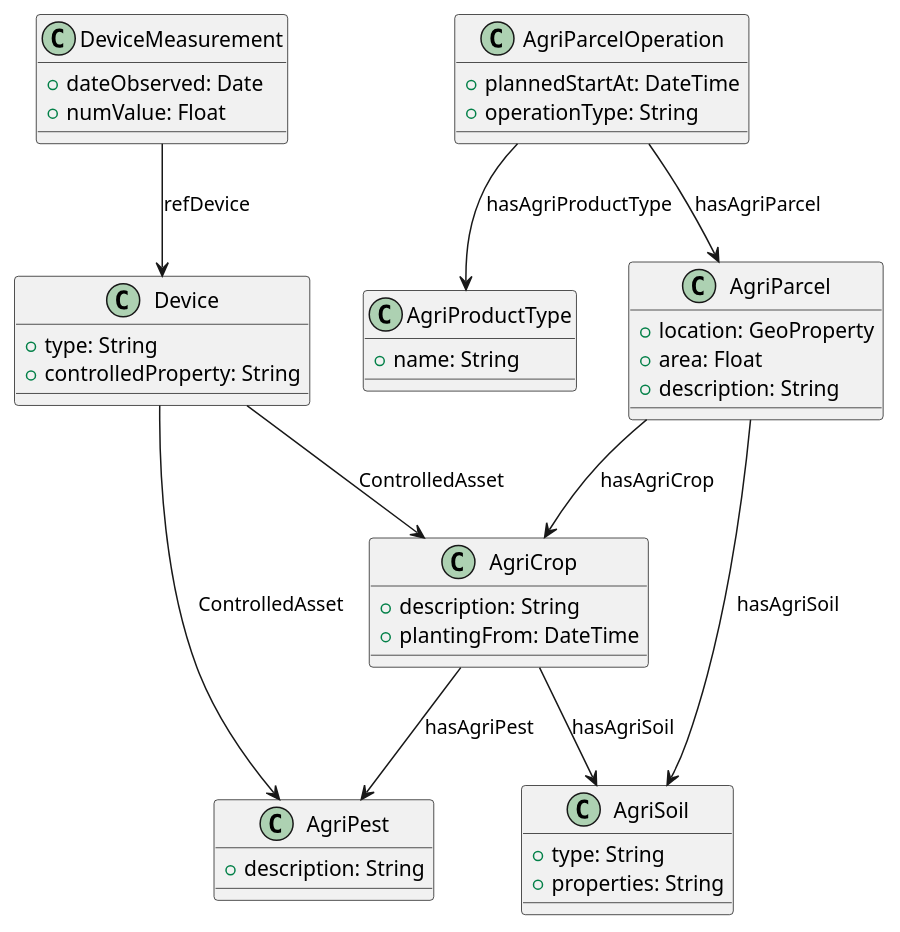
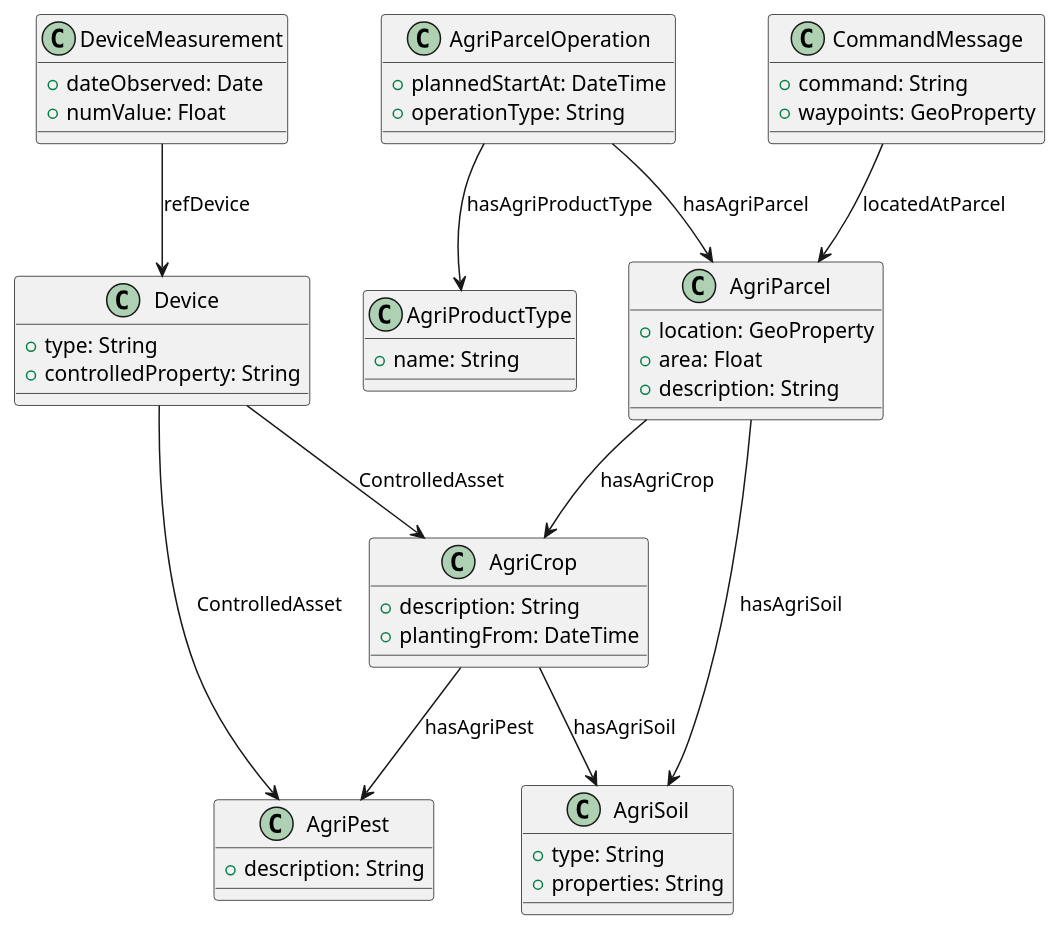
Before and after one commit to Smart-Droplets-Project/digitalTwinFramework: the diagram in assets/DigitalTwinClassDiagram.puml, drawn with PlantUML. The commit also changed 1 other file, not shown here.

Commit message:
update class diagram

```diff
--- a/assets/DigitalTwinClassDiagram.puml
+++ b/assets/DigitalTwinClassDiagram.puml
@@ -1,69 +1,74 @@
 @startuml
 'https://plantuml.com/class-diagram
 class AgriParcel {
     + location: GeoProperty
     + area: Float
     + description: String
 }
 class AgriCrop {
     + description: String
     + plantingFrom: DateTime
 }
 class AgriSoil {
     + type: String
     + properties: String
 }
 class AgriParcelOperation {
     + plannedStartAt: DateTime
     + operationType: String
 }
 class Device {
     + type: String
     + controlledProperty: String
 }
 class DeviceMeasurement {
     + dateObserved: Date
     + numValue: Float
 }
 class AgriPest {
     + description: String
 }
 class AgriProductType {
     + name: String
 }
+class CommandMessage {
+    + command: String
+    + waypoints: GeoProperty
+}
 
 /'
 class FeatureCollection {
     + type: String = "FeatureCollection"
     + features: List<Feature>
 }
 class Feature {
     + type: String = "Feature"
     + geometry: Geometry
     + properties: Map<String, Any>
 }
 class Geometry {
     + type: String
     + coordinates: List<Float>
 }
 AgriParcel "1" o-- "1" FeatureCollection : location
 FeatureCollection "1" *-- "0..*" Feature : features
 Feature "1" *-- "1" Geometry : geometry
 '/
 
 AgriParcel  --> AgriCrop : hasAgriCrop
 AgriParcel --> AgriSoil : hasAgriSoil
 AgriCrop --> AgriSoil : hasAgriSoil
 AgriCrop --> AgriPest : hasAgriPest
 DeviceMeasurement  --> Device: refDevice
 Device --> AgriPest: ControlledAsset
 AgriParcelOperation --> AgriParcel : hasAgriParcel
 AgriParcelOperation --> AgriProductType : hasAgriProductType
 Device  --> AgriCrop : ControlledAsset
+CommandMessage --> AgriParcel : locatedAtParcel
 /'
 class DigitalTwin{
 }
 DigitalTwin --> AgriParcel: locatedAtParcel
 DigitalTwin --> AgriCrop: isAgriCrop
 '/
 @enduml
```
